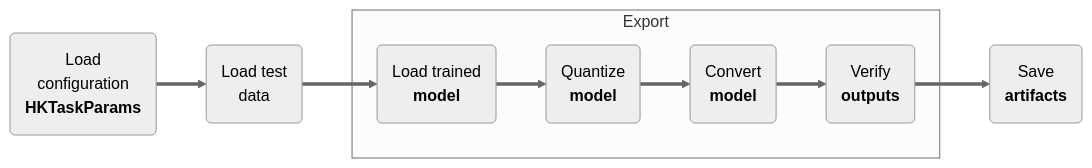
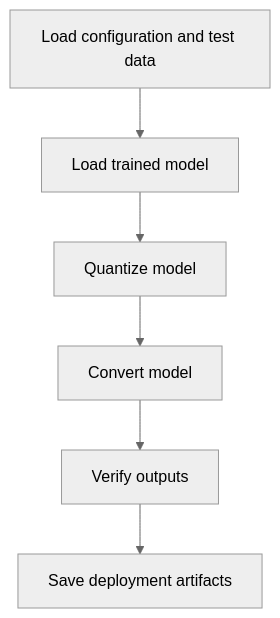
Before and after one commit to AmbiqAI/heartkit: the diagram in docs/modes/export.md, drawn with Mermaid (neutral theme). The commit also changed other lines of this file and 52 other files, not shown here.

````diff
--- a/docs/modes/export.md
+++ b/docs/modes/export.md
@@ -23,34 +23,9 @@
 ```mermaid
-graph LR
-A("`Load
-configuration
-__HKTaskParams__
-`")
-B("`Load test
-data
-`")
-C("`Load trained
-__model__
-`")
-D("`Quantize
-__model__
-`")
-E("`Convert
-__model__
-`")
-F("`Verify
-__outputs__
-`")
-G("`Save
-__artifacts__
-`")
-A ==> B
-B ==> C
-subgraph CF["Export"]
-    C ==> D
-    D ==> E
-    E ==> F
-end
-F ==> G
-
+flowchart TD
+    A["Load configuration and test data"] --> B
+    B["Load trained model"] --> C
+    C["Quantize model"] --> D
+    D["Convert model"] --> E
+    E["Verify outputs"] --> F
+    F["Save deployment artifacts"]
 ```
````
